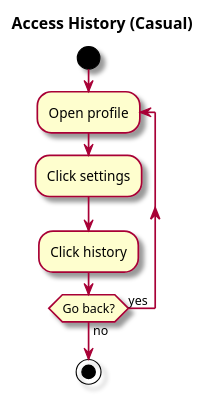
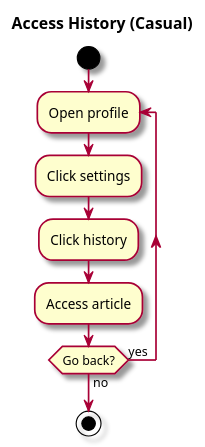
One commit to owhitleym-ui/EcoScoop changed the diagram in intellij/doc/Functional Specification/access-history.md. Above: the diagram before and after it, drawn with PlantUML. The commit also changed 7 other files, not shown here.

````diff
--- a/intellij/doc/Functional Specification/access-history.md
+++ b/intellij/doc/Functional Specification/access-history.md
@@ -34,19 +34,20 @@
 ```plantuml
 @startuml
 
 skin rose
 
 title Access History (Casual)
 'define the lanes
 |#application|User|
 
 |User|
 start
     repeat :Open profile;
         :Click settings;
         :Click history;
+        :Access article;
         repeat while (Go back?) is (yes) not (no)
 
 stop
 @enduml
 ```
````
